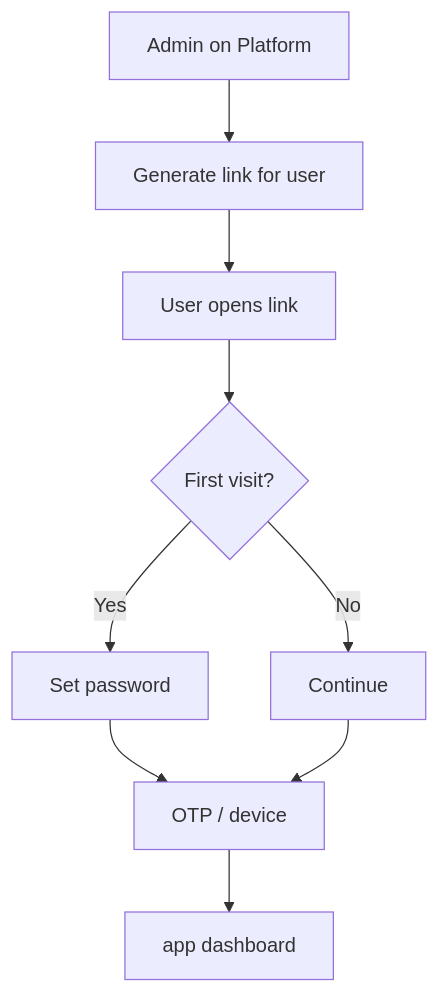
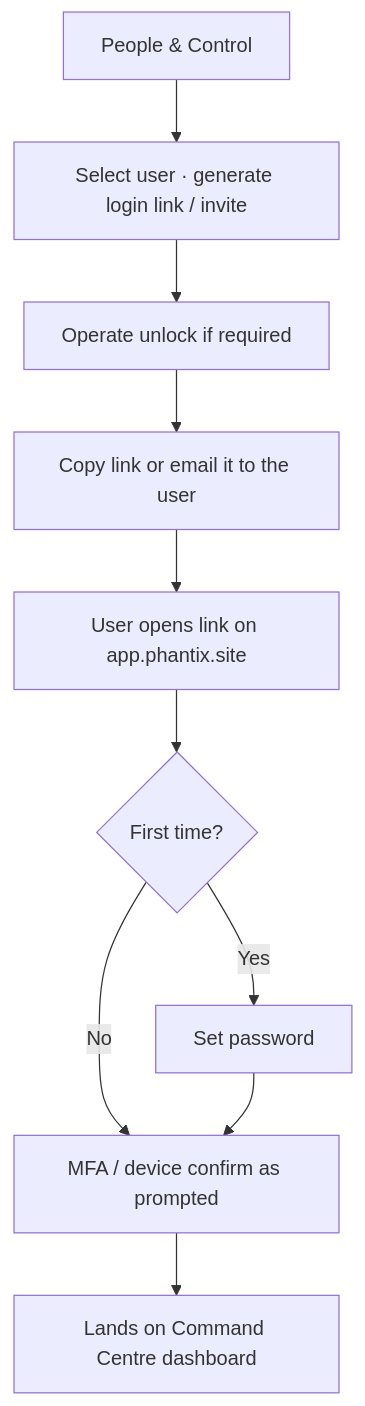
Before and after one commit to Phantom-Fort/Phantix-Frontend: the diagram in docs/how-to/platform/05-issue-app-login-link.md, drawn with Mermaid. The commit also changed other lines of this file and 44 other files, not shown here.

````diff
--- a/docs/how-to/platform/05-issue-app-login-link.md
+++ b/docs/how-to/platform/05-issue-app-login-link.md
@@ -30,11 +10,12 @@
 ```mermaid
 flowchart TD
-  A[Admin on Platform] --> B[Generate link for user]
-  B --> C[User opens link]
-  C --> D{First visit?}
-  D -->|Yes| E[Set password]
-  D -->|No| F[Continue]
-  E --> G[OTP / device]
-  F --> G
-  G --> H[app dashboard]
+  A[People & Control] --> B[Select user · generate login link / invite]
+  B --> C[Operate unlock if required]
+  C --> D[Copy link or email it to the user]
+  D --> E[User opens link on app.phantix.site]
+  E --> F{First time?}
+  F -->|Yes| G[Set password]
+  F -->|No| H[MFA / device confirm as prompted]
+  G --> H
+  H --> I[Lands on Command Centre dashboard]
 ```
````
